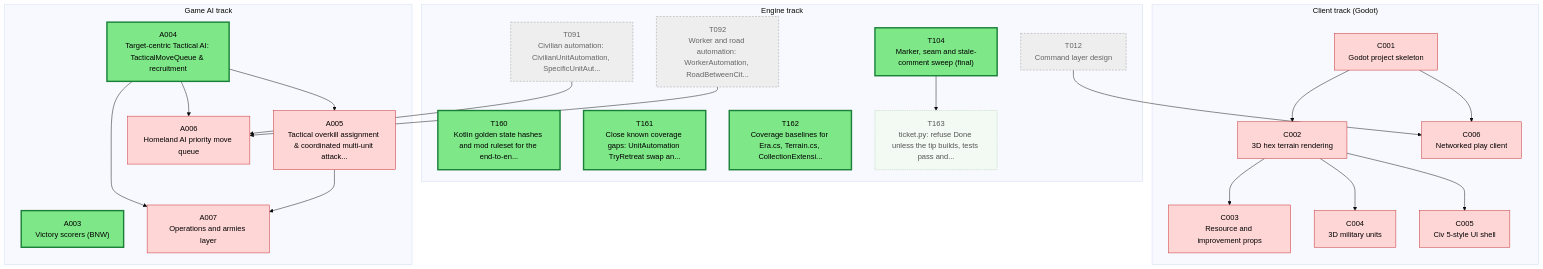
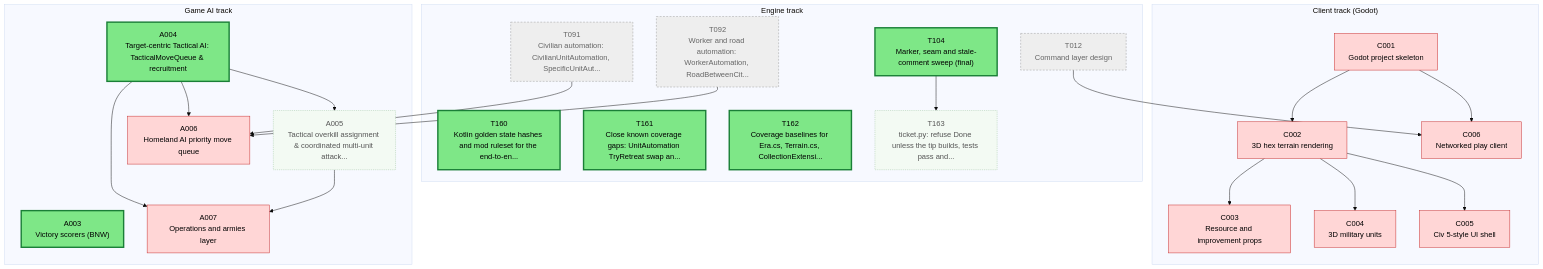
Before and after one commit to Kenmura/Unciv: the first of 2 diagrams in csharp/migration/DEPENDENCY_MAP.md, drawn with Mermaid (base theme). The commit also changed other lines of this file and 1 other file, not shown here.

Commit message:
migration: A005 -> Available

````diff
--- a/csharp/migration/DEPENDENCY_MAP.md
+++ b/csharp/migration/DEPENDENCY_MAP.md
@@ -15,67 +15,67 @@
 ```mermaid
 flowchart TD
   subgraph TTRACK["Engine track"]
     T012["T012<br/>Command layer design"]
     T091["T091<br/>Civilian automation: CivilianUnitAutomation, SpecificUnitAut..."]
     T092["T092<br/>Worker and road automation: WorkerAutomation, RoadBetweenCit..."]
     T104["T104<br/>Marker, seam and stale-comment sweep (final)"]
     T160["T160<br/>Kotlin golden state hashes and mod ruleset for the end-to-en..."]
     T161["T161<br/>Close known coverage gaps: UnitAutomation TryRetreat swap an..."]
     T162["T162<br/>Coverage baselines for Era.cs, Terrain.cs, CollectionExtensi..."]
     T163["T163<br/>ticket.py: refuse Done unless the tip builds, tests pass and..."]
   end
   subgraph CTRACK["Client track (Godot)"]
     C001["C001<br/>Godot project skeleton"]
     C002["C002<br/>3D hex terrain rendering"]
     C003["C003<br/>Resource and improvement props"]
     C004["C004<br/>3D military units"]
     C005["C005<br/>Civ 5-style UI shell"]
     C006["C006<br/>Networked play client"]
   end
   subgraph ATRACK["Game AI track"]
     A003["A003<br/>Victory scorers (BNW)"]
     A004["A004<br/>Target-centric Tactical AI: TacticalMoveQueue & recruitment"]
     A005["A005<br/>Tactical overkill assignment & coordinated multi-unit attack..."]
     A006["A006<br/>Homeland AI priority move queue"]
     A007["A007<br/>Operations and armies layer"]
   end
   T104 --> T163
   C001 --> C002
   C002 --> C003
   C002 --> C004
   C002 --> C005
   T012 --> C006
   C001 --> C006
   A004 --> A005
   A004 --> A006
   T091 --> A006
   T092 --> A006
   A004 --> A007
   A005 --> A007
   classDef waiting fill:#f3faf3,stroke:#9bc49b,color:#555,stroke-dasharray:2 2
   classDef ondeck fill:#ffe8cc,stroke:#e8590c,stroke-width:3px,color:#000
   classDef ready fill:#7ee787,stroke:#1a7f37,stroke-width:3px,color:#000
   classDef prog fill:#fff3b0,stroke:#b58900,color:#000
   classDef review fill:#cfe4ff,stroke:#1f6feb,color:#000
   classDef blocked fill:#ffd6d6,stroke:#c62828,color:#000
   classDef done fill:#eeeeee,stroke:#999999,color:#666,stroke-dasharray:4 3
   class A003 ready
   class A004 ready
-  class A005 blocked
+  class A005 waiting
   class A006 blocked
   class A007 blocked
   class C001 blocked
   class C002 blocked
   class C003 blocked
   class C004 blocked
   class C005 blocked
   class C006 blocked
   class T012 done
   class T091 done
   class T092 done
   class T104 ready
   class T160 ready
   class T161 ready
   class T162 ready
   class T163 waiting
 ```
````
